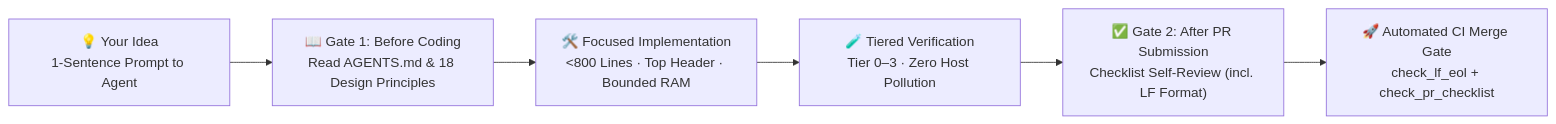
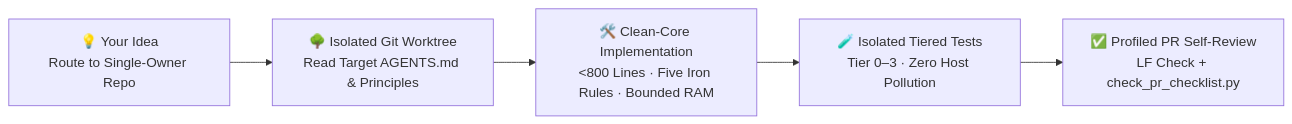
The diagram in CONTRIBUTING.en.md (mindie-agent/mindie-agent), drawn with Mermaid before and after one commit. The commit also changed other lines of this file and 65 other files, not shown here.

Commit message:
refactor(hub): worktree-native repo_roots, focused AST gates, 8-profile checklist, and docs/archive (#369)

````diff
--- a/CONTRIBUTING.en.md
+++ b/CONTRIBUTING.en.md
@@ -57,8 +87,7 @@
 ```mermaid
 flowchart LR
-  A["💡 Your Idea<br/>1-Sentence Prompt to Agent"] --> B["📖 Gate 1: Before Coding<br/>Read AGENTS.md & 18 Design Principles"]
-  B --> C["🛠️ Focused Implementation<br/>&lt;800 Lines · Top Header · Bounded RAM"]
-  C --> D["🧪 Tiered Verification<br/>Tier 0–3 · Zero Host Pollution"]
-  D --> E["✅ Gate 2: After PR Submission<br/>Checklist Self-Review (incl. LF Format)"]
-  E --> F["🚀 Automated CI Merge Gate<br/>check_lf_eol + check_pr_checklist"]
+  A["💡 Your Idea<br/>Route to Single-Owner Repo"] --> B["🌳 Isolated Git Worktree<br/>Read Target AGENTS.md & Principles"]
+  B --> C["🛠️ Clean-Core Implementation<br/>&lt;800 Lines · Five Iron Rules · Bounded RAM"]
+  C --> D["🧪 Isolated Tiered Tests<br/>Tier 0–3 · Zero Host Pollution"]
+  D --> E["✅ Profiled PR Self-Review<br/>LF Check + check_pr_checklist.py"]
 ```
````
